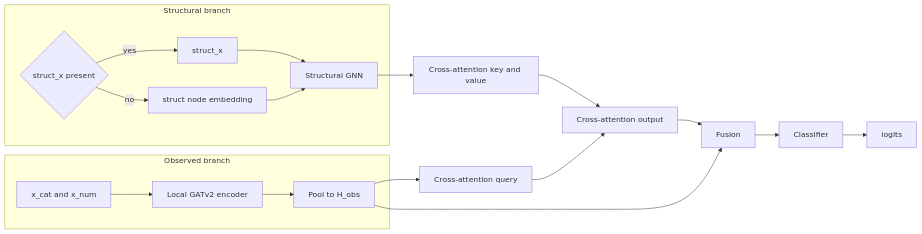
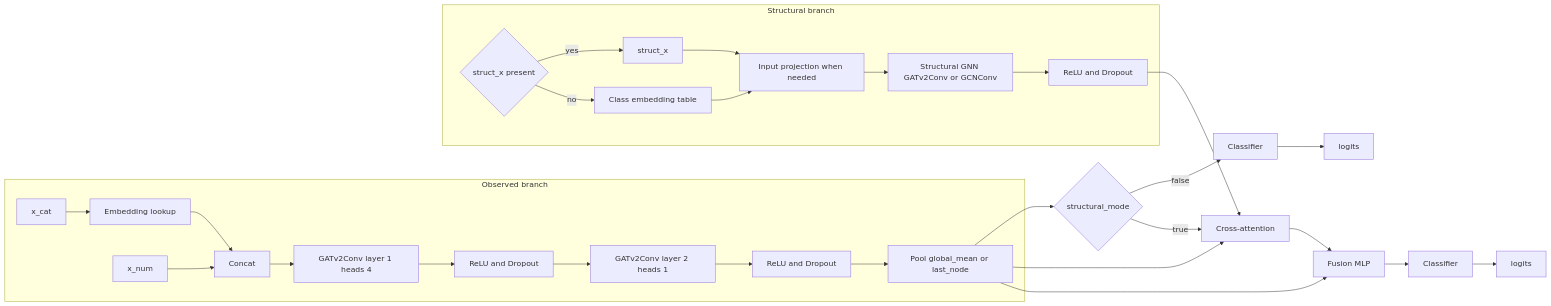
Before and after one commit to ghsrg/bpm_prediction: the seventh of 9 diagrams in docs/GNN_RUNTIME_MVP2_5.MD, drawn with Mermaid. The commit also changed other lines of this file and 8 other files, not shown here.

````diff
--- a/docs/GNN_RUNTIME_MVP2_5.MD
+++ b/docs/GNN_RUNTIME_MVP2_5.MD
@@ -171,27 +187,40 @@
 ```mermaid
 flowchart LR
     subgraph OBS[Observed branch]
-        O1[x_cat and x_num] --> O2[Local GATv2 encoder]
-        O2 --> O3[Pool to H_obs]
+        O1[x_cat] --> O2[Embedding lookup]
+        O3[x_num] --> O4[Concat]
+        O2 --> O4
+        O4 --> O5[GATv2Conv layer 1 heads 4]
+        O5 --> O6[ReLU and Dropout]
+        O6 --> O7[GATv2Conv layer 2 heads 1]
+        O7 --> O8[ReLU and Dropout]
+        O8 --> O9[Pool global_mean or last_node]
     end
 
     subgraph STR[Structural branch]
         S0{struct_x present}
         S1[struct_x]
-        S2[struct node embedding]
-        S3[Structural GNN]
+        S2[Class embedding table]
+        S3[Input projection when needed]
+        S4[Structural GNN GATv2Conv or GCNConv]
+        S5[ReLU and Dropout]
         S0 -->|yes| S1
         S0 -->|no| S2
         S1 --> S3
         S2 --> S3
+        S3 --> S4
+        S4 --> S5
     end
 
-    O3 --> A1[Cross-attention query]
-    S3 --> A2[Cross-attention key and value]
-    A1 --> A3[Cross-attention output]
-    A2 --> A3
-    A3 --> F1[Fusion]
-    O3 --> F1
+    M0{structural_mode}
+    O9 --> M0
+    M0 -->|false| C0[Classifier]
+    C0 --> L0[logits]
+    M0 -->|true| A1[Cross-attention]
+    S5 --> A1
+    O9 --> A1
+    A1 --> F1[Fusion MLP]
+    O9 --> F1
     F1 --> C1[Classifier]
-    C1 --> LOGITS[logits]
+    C1 --> L1[logits]
 ```
````
